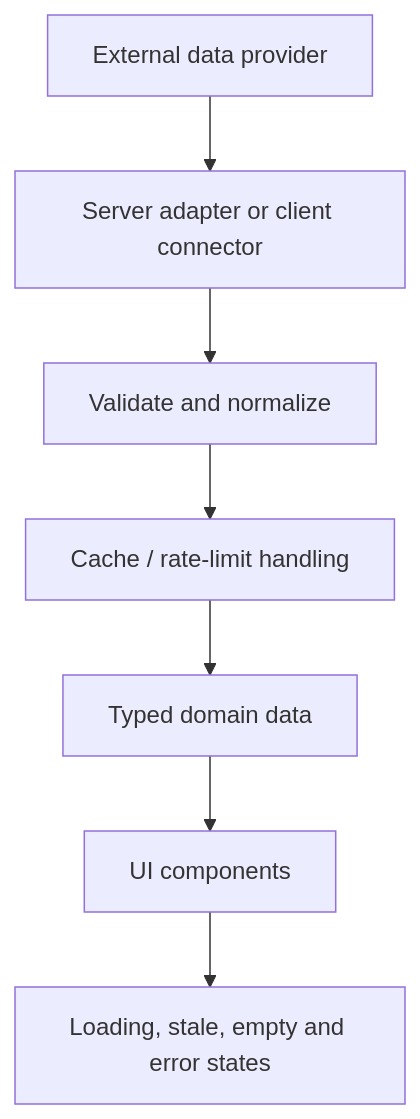
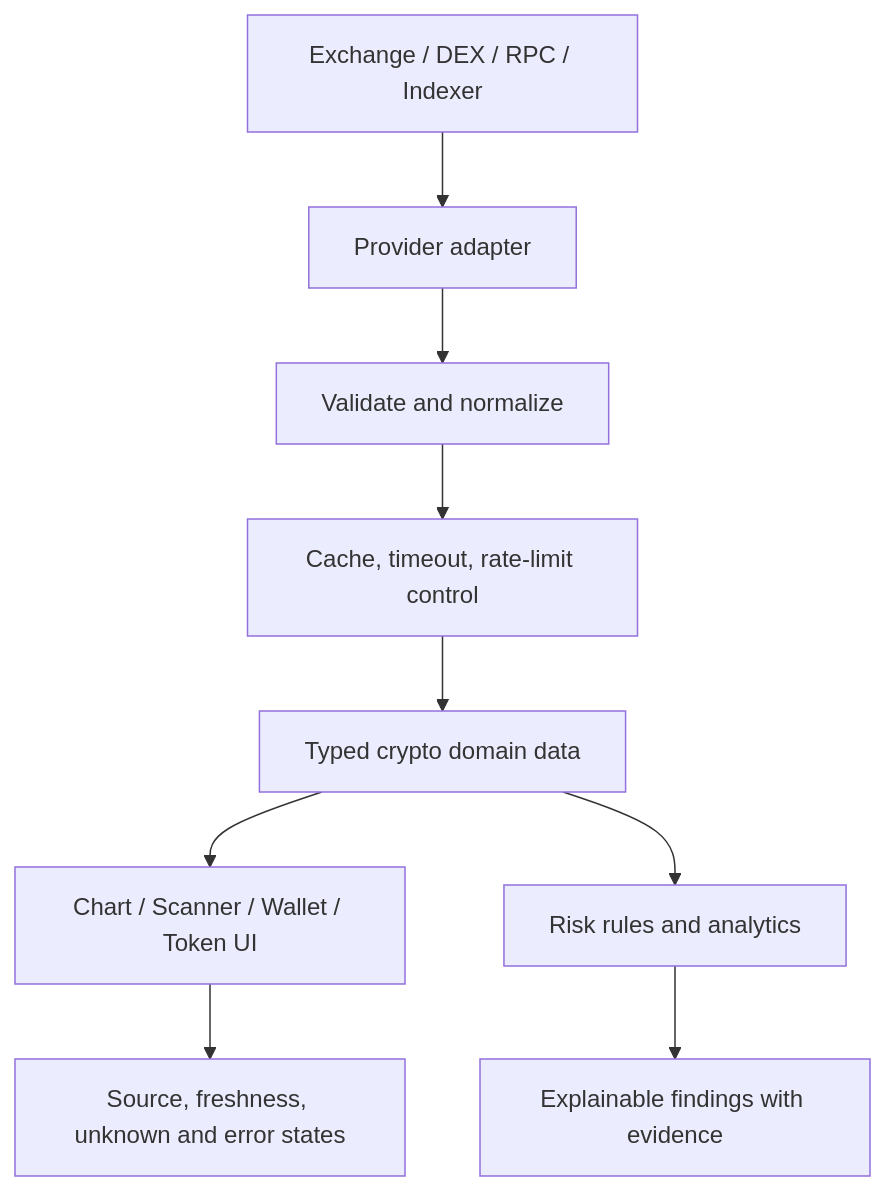
Before and after one commit to Strong-Bee/Zabrina-Alpha-Terminal: the diagram in docs/ARCHITECTURE.md, drawn with Mermaid. The commit also changed other lines of this file, not shown here.

Commit message:
docs: define crypto and on-chain architecture

````diff
--- a/docs/ARCHITECTURE.md
+++ b/docs/ARCHITECTURE.md
@@ -17,9 +20,11 @@
 ```mermaid
 flowchart TD
-  A[External data provider] --> B[Server adapter or client connector]
+  A[Exchange / DEX / RPC / Indexer] --> B[Provider adapter]
   B --> C[Validate and normalize]
-  C --> D[Cache / rate-limit handling]
-  D --> E[Typed domain data]
-  E --> F[UI components]
-  F --> G[Loading, stale, empty and error states]
+  C --> D[Cache, timeout, rate-limit control]
+  D --> E[Typed crypto domain data]
+  E --> F[Chart / Scanner / Wallet / Token UI]
+  F --> G[Source, freshness, unknown and error states]
+  E --> H[Risk rules and analytics]
+  H --> I[Explainable findings with evidence]
 ```
````
